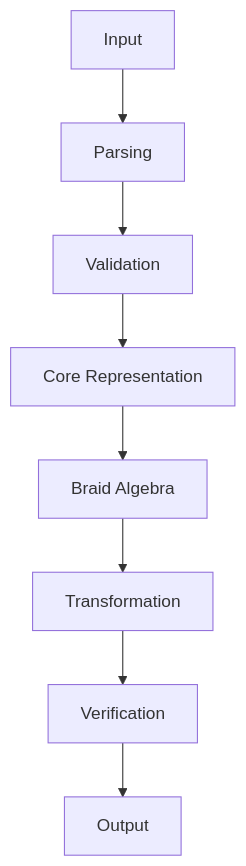
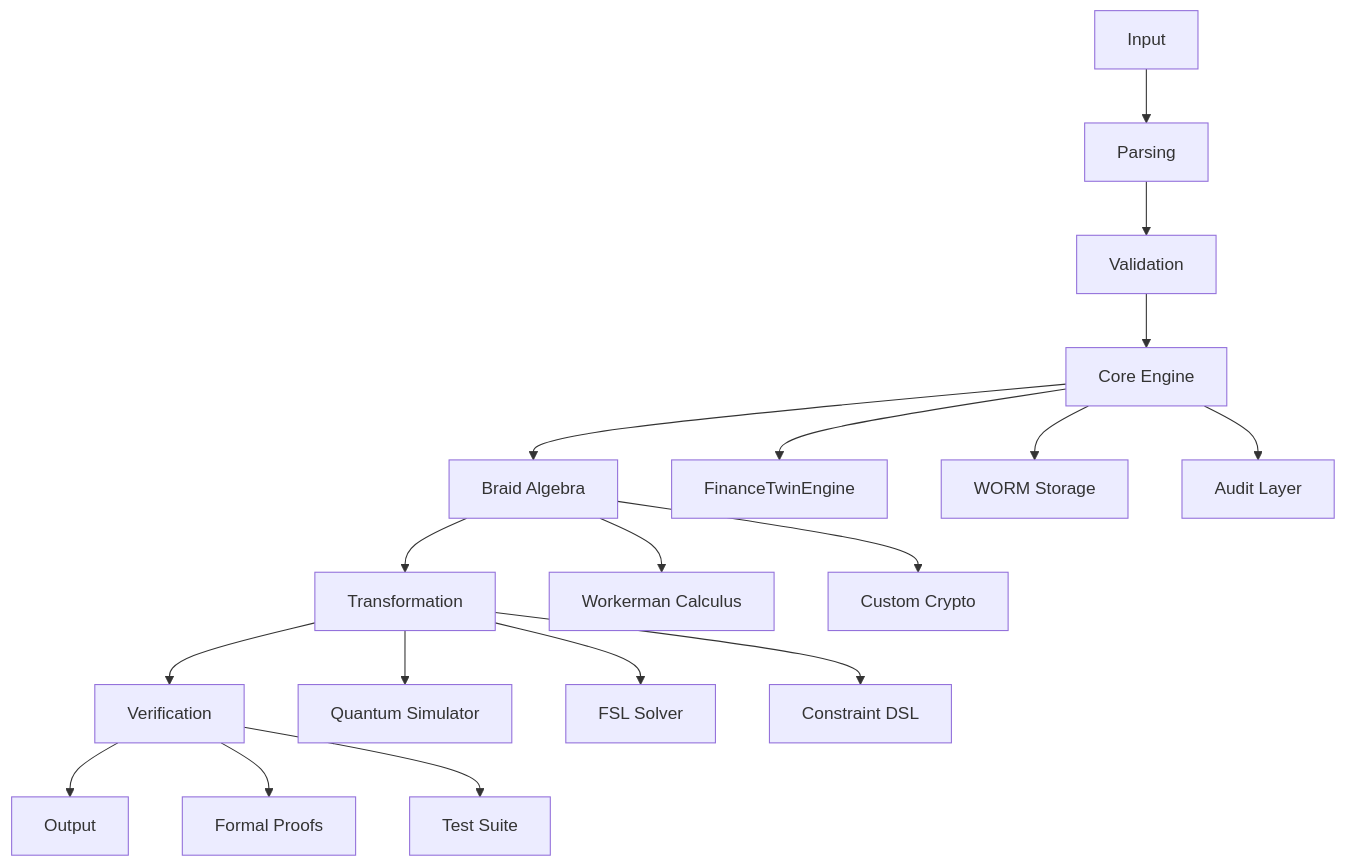
The diagram in README.md (SNAPKITTYWEST/devflow-finance-twin), drawn with Mermaid before and after one commit. The commit also changed other lines of this file and 1 other file, not shown here.

First line of the commit message:
docs: comprehensive 4-agent audit report, rewrite README with actual findings

````diff
--- a/README.md
+++ b/README.md
@@ -337,10 +234,20 @@
 ```mermaid
 flowchart TD
     A[Input] --> B[Parsing]
     B --> C[Validation]
-    C --> D[Core Representation]
+    C --> D[Core Engine]
     D --> E[Braid Algebra]
     E --> F[Transformation]
     F --> G[Verification]
     G --> H[Output]
+    D --> I[FinanceTwinEngine]
+    D --> J[WORM Storage]
+    D --> K[Audit Layer]
+    E --> L[Workerman Calculus]
+    E --> M[Custom Crypto]
+    F --> N[Quantum Simulator]
+    F --> O[FSL Solver]
+    F --> P[Constraint DSL]
+    G --> Q[Formal Proofs]
+    G --> R[Test Suite]
 ```
````
